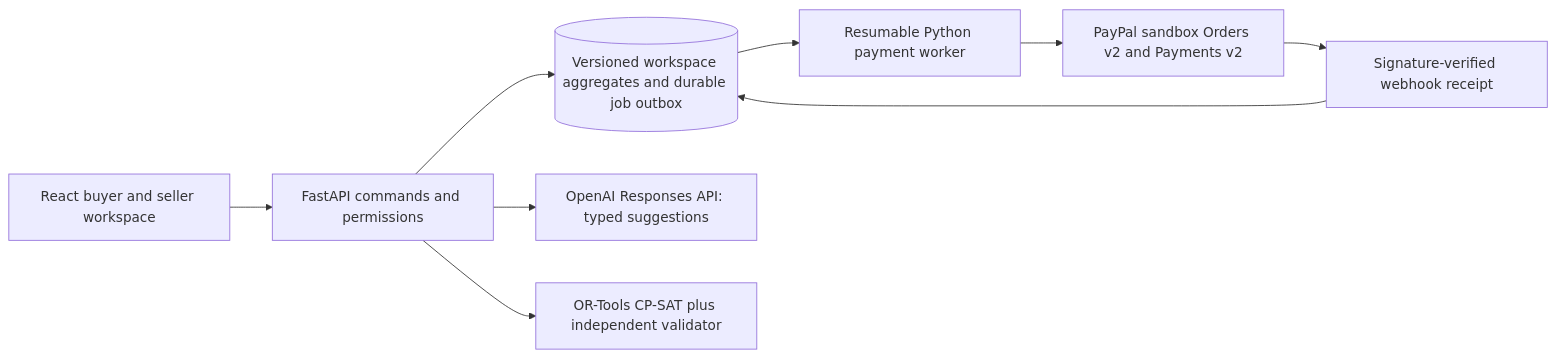
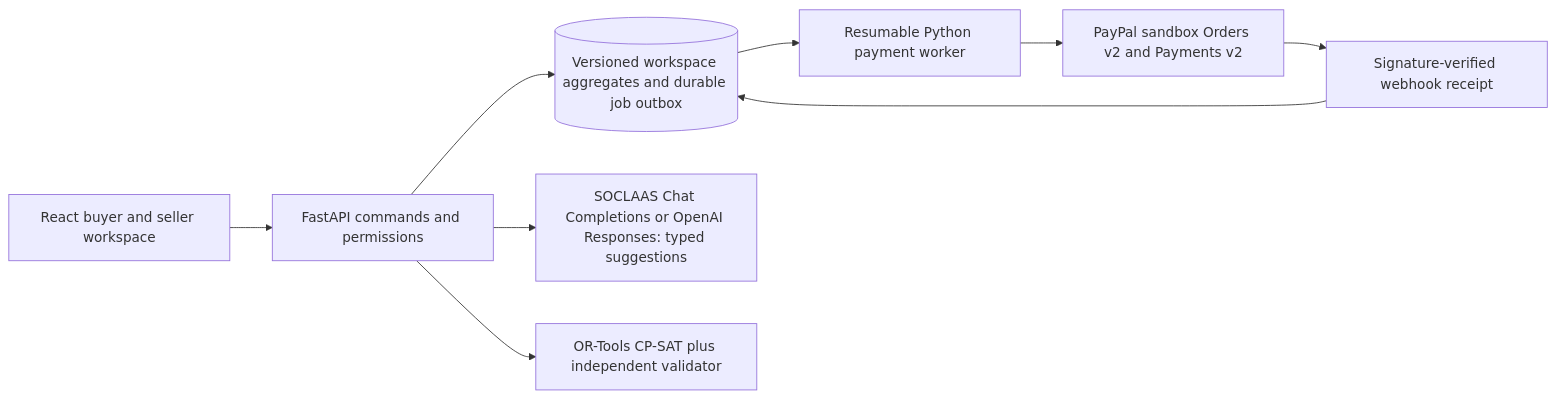
Before and after one commit to kaseyho/Reclaim: the diagram in README.md, drawn with Mermaid. The commit also changed other lines of this file and 24 other files, not shown here.

````diff
--- a/README.md
+++ b/README.md
@@ -75,11 +75,11 @@
 ```mermaid
 flowchart LR
   UI[React buyer and seller workspace] --> API[FastAPI commands and permissions]
   API --> DB[(Versioned workspace aggregates and durable job outbox)]
-  API --> AI[OpenAI Responses API: typed suggestions]
+  API --> AI[SOCLAAS Chat Completions or OpenAI Responses: typed suggestions]
   API --> SOLVE[OR-Tools CP-SAT plus independent validator]
   DB --> WORKER[Resumable Python payment worker]
   WORKER --> PP[PayPal sandbox Orders v2 and Payments v2]
   PP --> WH[Signature-verified webhook receipt]
   WH --> DB
 ```
````
